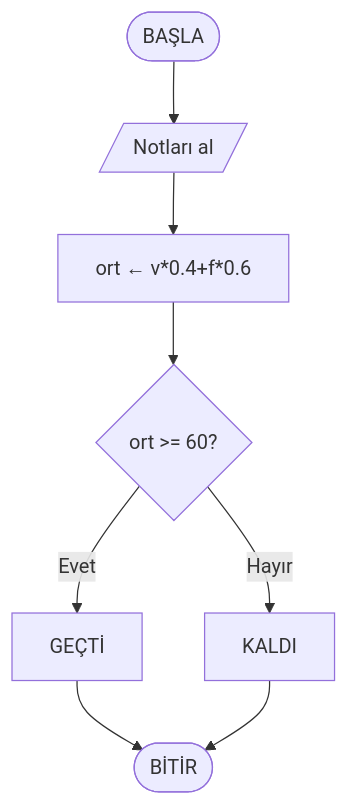
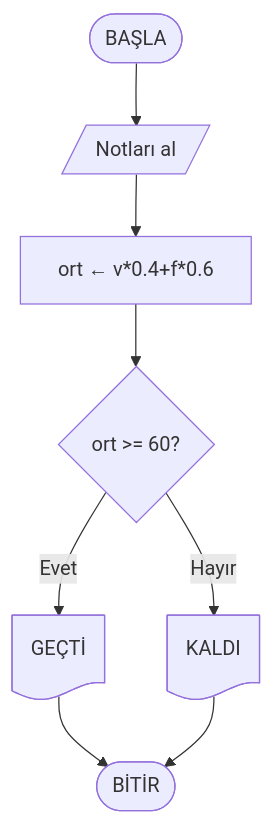
Before and after one commit to ibrahimayaz/Algoritma-ve-Programlamaya-Giris-2025: the sixth of 10 diagrams in Hafta02/ders_icerik.md, drawn with Mermaid. The commit also changed other lines of this file and 18 other files, not shown here.

````diff
--- a/Hafta02/ders_icerik.md
+++ b/Hafta02/ders_icerik.md
@@ -650,7 +598,7 @@
 ```mermaid
 flowchart TD
   start([BAŞLA]) --> inScores[/Notları al/] --> calc[ort ← v*0.4+f*0.6]
   calc --> passCheck{ort >= 60?}
-  passCheck -- Evet --> pass[GEÇTİ] --> endNode([BİTİR])
-  passCheck -- Hayır --> fail[KALDI] --> endNode
+  passCheck -- Evet --> pass@{ shape: doc, label: "GEÇTİ" } --> endNode([BİTİR])
+  passCheck -- Hayır --> fail@{ shape: doc, label: "KALDI" } --> endNode
 ```
````
